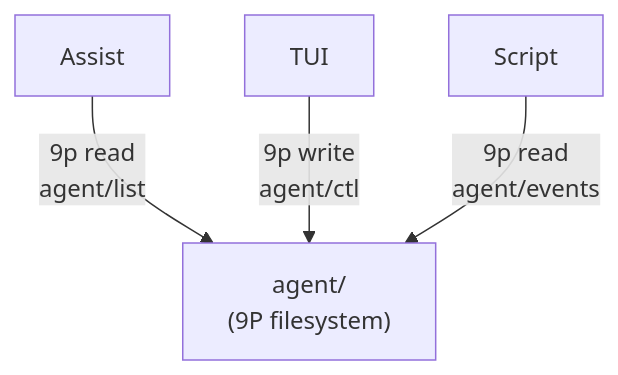
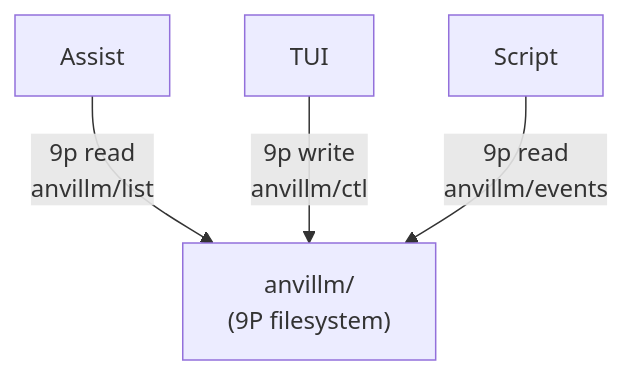
The diagram in docs/diagrams/client-interactions.mmd (lneely/anvillm), drawn with Mermaid before and after one commit. The commit also changed 87 other files, not shown here.

First line of the commit message:
rename 9P endpoint from 'agent' to 'anvillm'

```diff
--- a/docs/diagrams/client-interactions.mmd
+++ b/docs/diagrams/client-interactions.mmd
@@ -1,9 +1,9 @@
 graph TB
     Assist["Assist"]
     TUI["TUI"]
     Script["Script"]
-    FS["agent/<br/>(9P filesystem)"]
+    FS["anvillm/<br/>(9P filesystem)"]
     
-    Assist -->|9p read<br/>agent/list| FS
-    TUI -->|9p write<br/>agent/ctl| FS
-    Script -->|9p read<br/>agent/events| FS
+    Assist -->|9p read<br/>anvillm/list| FS
+    TUI -->|9p write<br/>anvillm/ctl| FS
+    Script -->|9p read<br/>anvillm/events| FS
```
